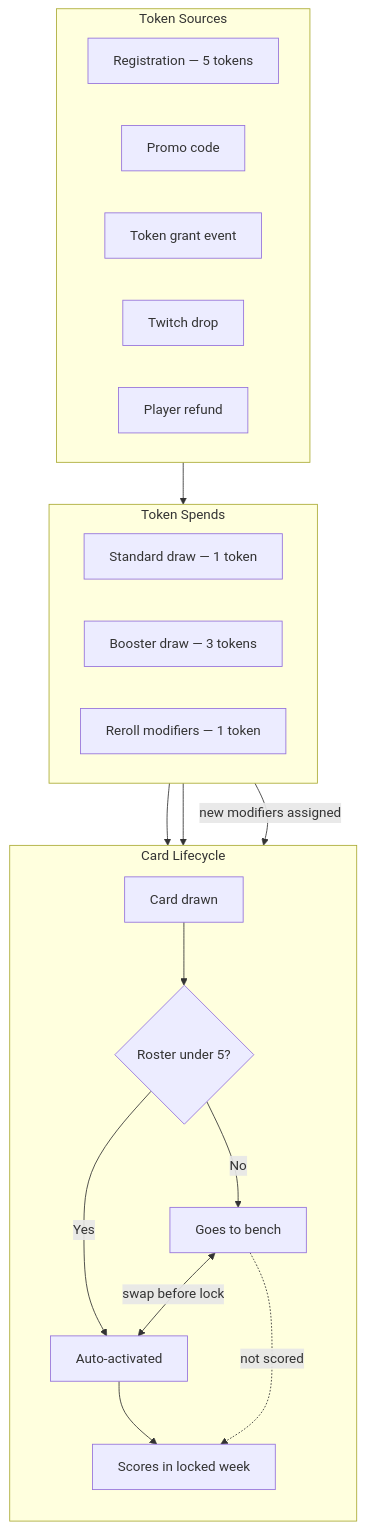
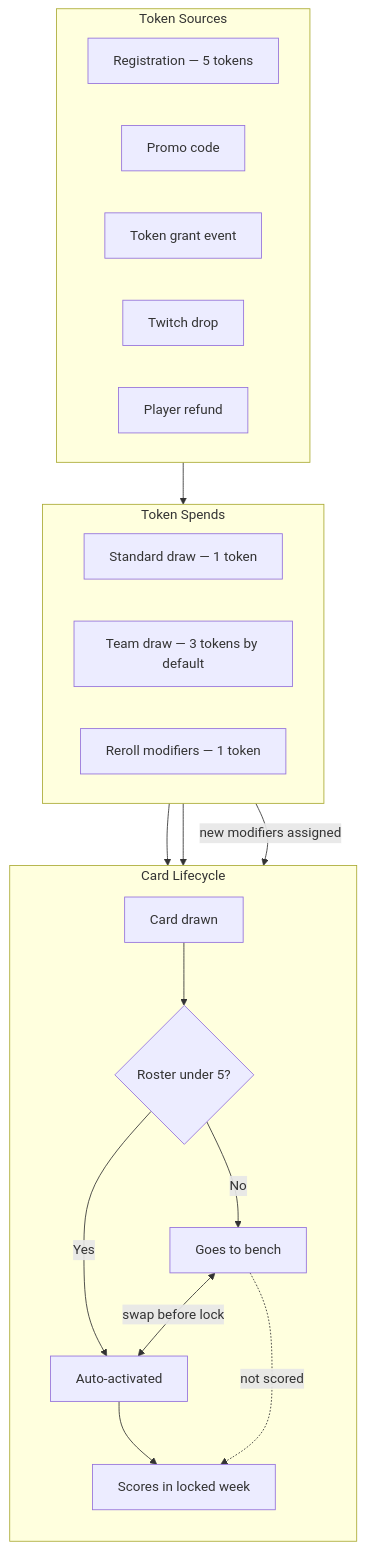
The second of 3 diagrams in markdown/process-diagrams.md (ville-solja/FantasyLeague), drawn with Mermaid before and after one commit. The commit also changed 57 other files, not shown here.

````diff
--- a/markdown/process-diagrams.md
+++ b/markdown/process-diagrams.md
@@ -57,33 +57,33 @@
 ```mermaid
 flowchart TD
     subgraph Sources["Token Sources"]
         direction LR
         S1[Registration — 5 tokens]
         S2[Promo code]
         S3[Token grant event]
         S4[Twitch drop]
         S5[Player refund]
     end
 
     subgraph Spends["Token Spends"]
         direction LR
         D1[Standard draw — 1 token]
-        D2[Booster draw — 3 tokens]
+        D2[Team draw — 3 tokens by default]
         D3[Reroll modifiers — 1 token]
     end
 
     subgraph CardLife["Card Lifecycle"]
         direction TB
         C1[Card drawn] --> C2{Roster under 5?}
         C2 -->|Yes| C3[Auto-activated]
         C2 -->|No| C4[Goes to bench]
         C4 <-->|swap before lock| C3
         C3 --> C5[Scores in locked week]
         C4 -. not scored .-> C5
     end
 
     Sources --> Spends
     D1 --> C1
     D2 --> C1
     D3 -->|new modifiers assigned| C3
 ```
````
